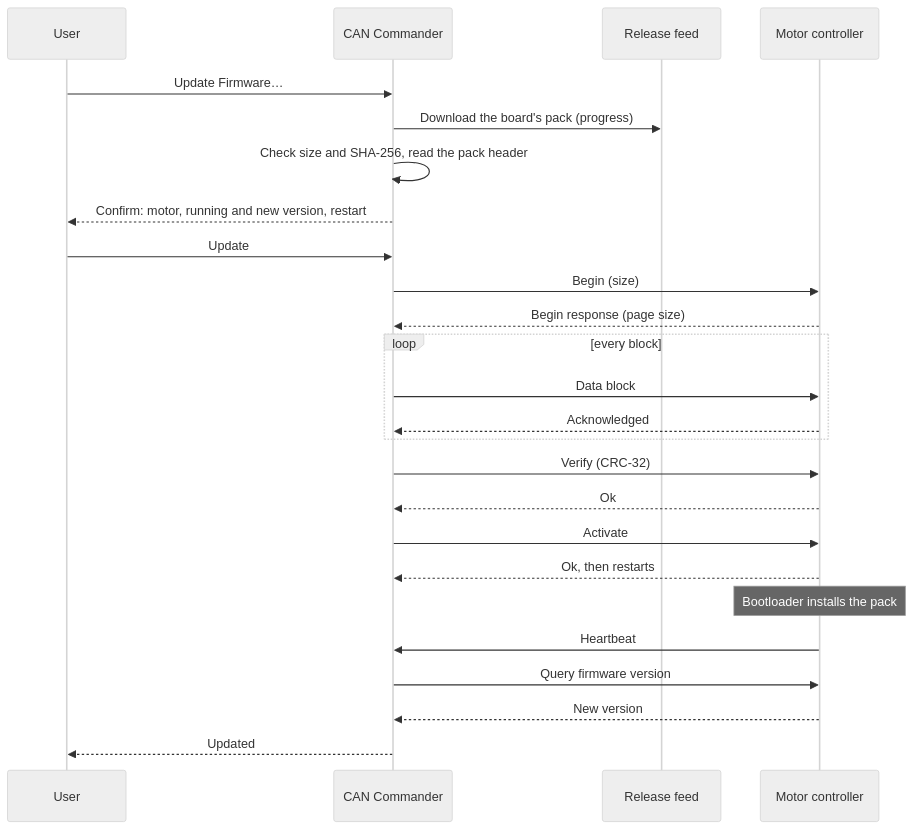
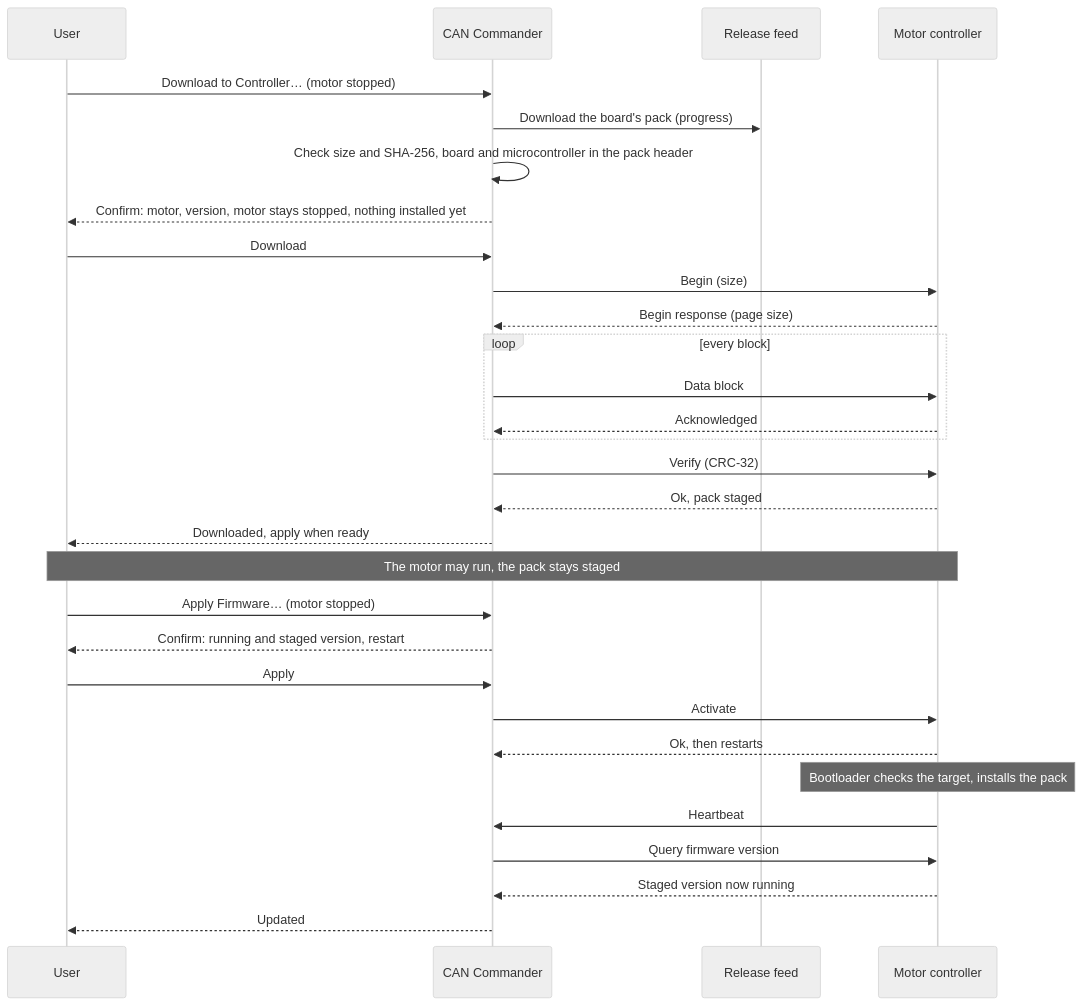
The ninth of 10 diagrams in documentation/design/tool-can-commander.md (embedded-pro/e-foc), drawn with Mermaid (neutral theme) before and after one commit. The commit also changed other lines of this file and 7 other files, not shown here.

First line of the commit message:
docs: user-started download and apply, and no image for another MCU

````diff
--- a/documentation/design/tool-can-commander.md
+++ b/documentation/design/tool-can-commander.md
@@ -584,27 +600,32 @@
 ```mermaid
 sequenceDiagram
     participant User
     participant Tool as CAN Commander
     participant Feed as Release feed
     participant Node as Motor controller
-    User->>Tool: Update Firmware…
+    User->>Tool: Download to Controller… (motor stopped)
     Tool->>Feed: Download the board's pack (progress)
-    Tool->>Tool: Check size and SHA-256, read the pack header
-    Tool-->>User: Confirm: motor, running and new version, restart
-    User->>Tool: Update
+    Tool->>Tool: Check size and SHA-256, board and microcontroller in the pack header
+    Tool-->>User: Confirm: motor, version, motor stays stopped, nothing installed yet
+    User->>Tool: Download
     Tool->>Node: Begin (size)
     Node-->>Tool: Begin response (page size)
     loop every block
         Tool->>Node: Data block
         Node-->>Tool: Acknowledged
     end
     Tool->>Node: Verify (CRC-32)
-    Node-->>Tool: Ok
+    Node-->>Tool: Ok, pack staged
+    Tool-->>User: Downloaded, apply when ready
+    Note over User,Node: The motor may run, the pack stays staged
+    User->>Tool: Apply Firmware… (motor stopped)
+    Tool-->>User: Confirm: running and staged version, restart
+    User->>Tool: Apply
     Tool->>Node: Activate
     Node-->>Tool: Ok, then restarts
-    Note over Node: Bootloader installs the pack
+    Note over Node: Bootloader checks the target, installs the pack
     Node->>Tool: Heartbeat
     Tool->>Node: Query firmware version
-    Node-->>Tool: New version
+    Node-->>Tool: Staged version now running
     Tool-->>User: Updated
 ```
````
